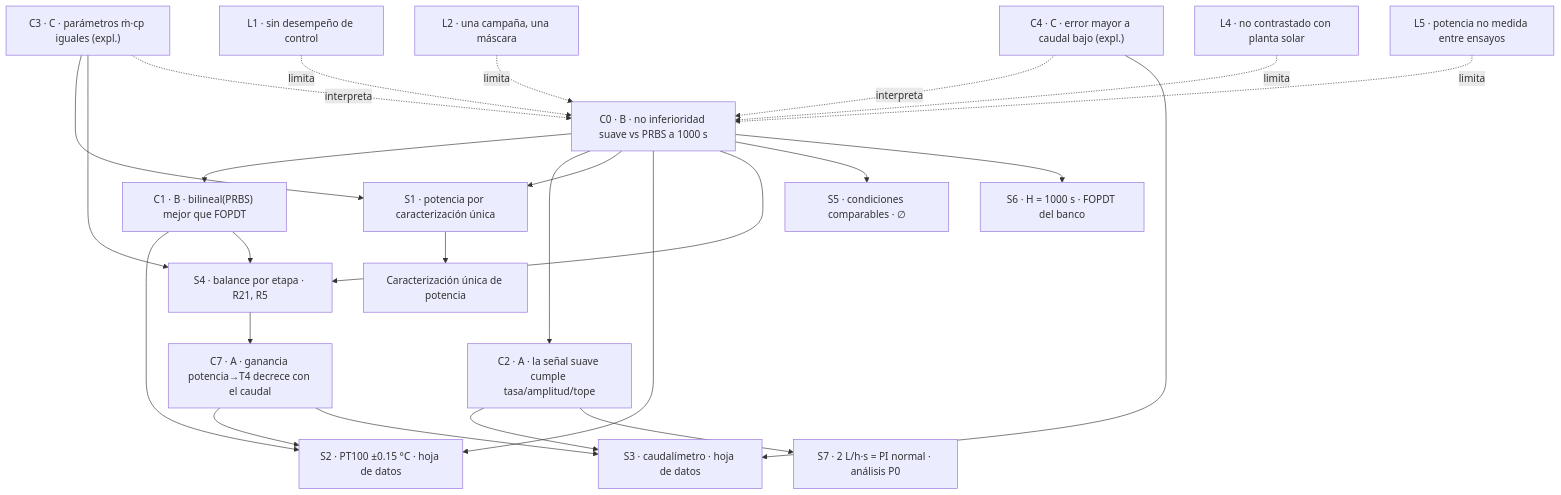
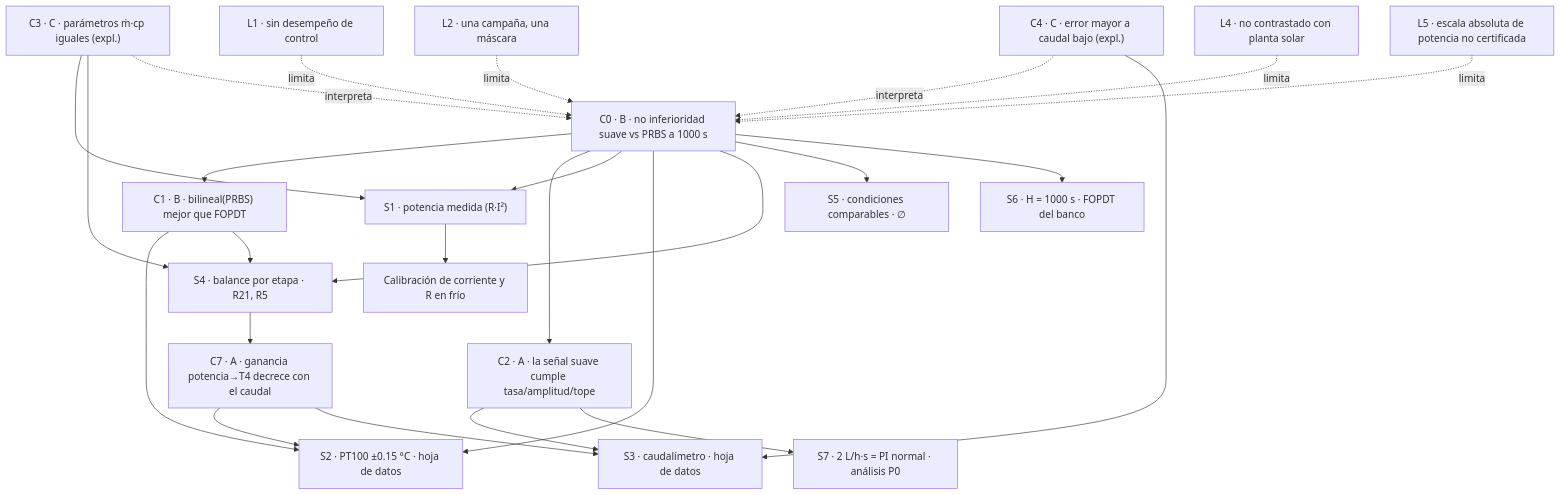
One commit to jesusmanuel1985/articulo-mod-ident-datos changed the diagram in P3_Jerarquia.md. Above: the diagram before and after it, drawn with Mermaid. The commit also changed other lines of this file and 18 other files, not shown here.

First line of the commit message:
P5 v1.3 congelada: potencia medida con los transmisores de corriente

````diff
--- a/P3_Jerarquia.md
+++ b/P3_Jerarquia.md
@@ -32,45 +32,45 @@
 ```mermaid
 graph TD
   C0["C0 · B · no inferioridad suave vs PRBS a 1000 s"]
   C1["C1 · B · bilineal(PRBS) mejor que FOPDT"]
   C2["C2 · A · la señal suave cumple tasa/amplitud/tope"]
   C3["C3 · C · parámetros ṁ·cp iguales (expl.)"]
   C4["C4 · C · error mayor a caudal bajo (expl.)"]
   C7["C7 · A · ganancia potencia→T4 decrece con el caudal"]
-  S1["S1 · potencia por caracterización única"]
+  S1["S1 · potencia medida (R·I²)"]
   S2["S2 · PT100 ±0.15 °C · hoja de datos"]
   S3["S3 · caudalímetro · hoja de datos"]
   S4["S4 · balance por etapa · R21, R5"]
   S5["S5 · condiciones comparables · ∅"]
   S6["S6 · H = 1000 s · FOPDT del banco"]
   S7["S7 · 2 L/h·s = PI normal · análisis P0"]
-  K1["Caracterización única de potencia"]
+  K1["Calibración de corriente y R en frío"]
   L1["L1 · sin desempeño de control"]
   L2["L2 · una campaña, una máscara"]
   L4["L4 · no contrastado con planta solar"]
-  L5["L5 · potencia no medida entre ensayos"]
+  L5["L5 · escala absoluta de potencia no certificada"]
   C0 --> C1
   C0 --> C2
   C0 --> S1
   C0 --> S2
   C0 --> S4
   C0 --> S5
   C0 --> S6
   S1 --> K1
   C1 --> S2
   C1 --> S4
   C2 --> S3
   C2 --> S7
   C3 --> S1
   C3 --> S4
   C3 -.interpreta.-> C0
   C4 -.interpreta.-> C0
   C4 --> S3
   S4 --> C7
   C7 --> S2
   C7 --> S3
   L1 -.limita.-> C0
   L2 -.limita.-> C0
   L4 -.limita.-> C0
   L5 -.limita.-> C0
 ```
````
